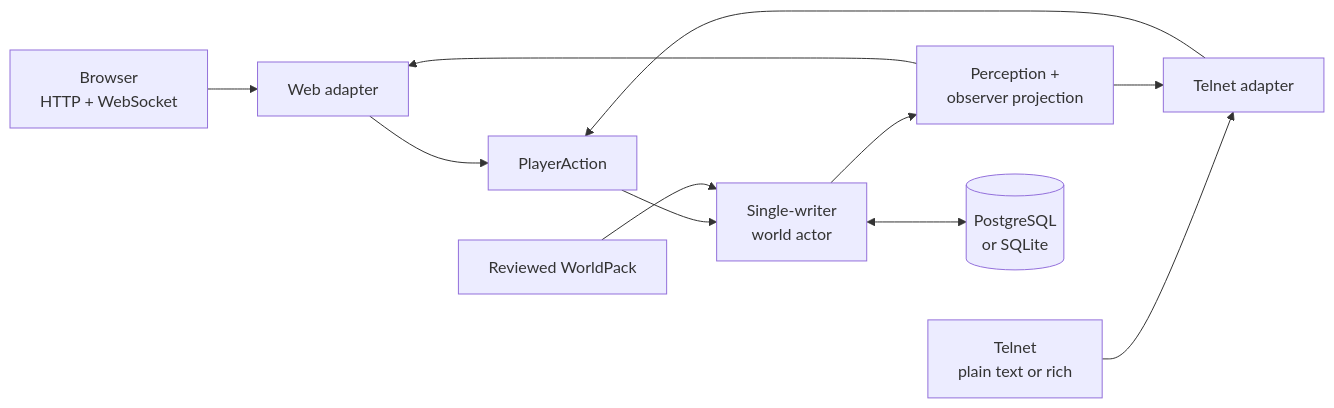
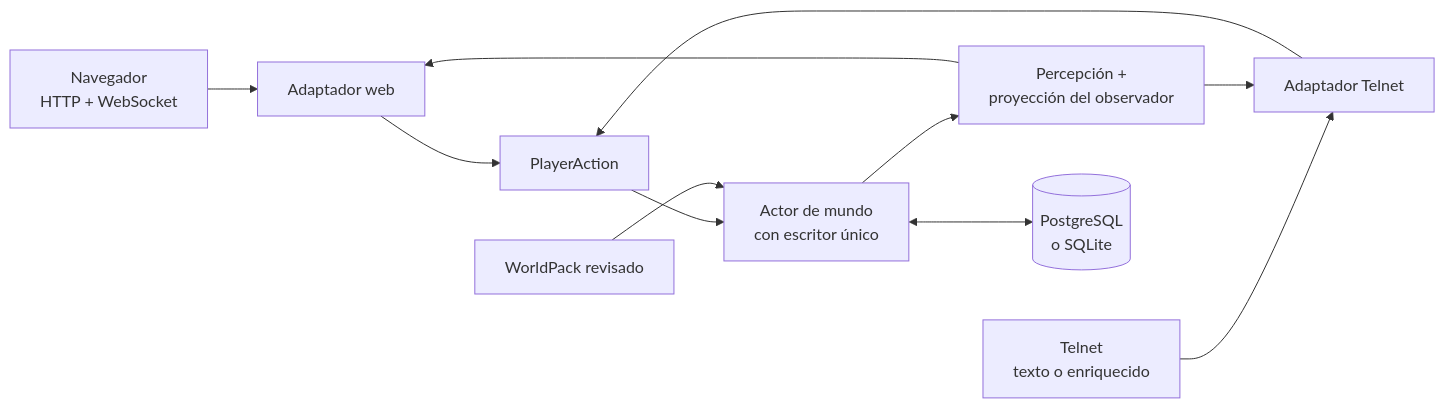
One commit to hyukudan/tiamud changed the first of 3 diagrams in README.md. Above: the diagram before and after it, drawn with Mermaid. The commit also changed other lines of this file and 29 other files, not shown here.

````diff
--- a/README.md
+++ b/README.md
@@ -67,16 +66,16 @@
 ```mermaid
 flowchart LR
-    accTitle: Tiamud shared action architecture
-    accDescr: Browser and terminal inputs share one authorized domain path, observer projection and selected persistence backend.
+    accTitle: Arquitectura compartida de acciones de Tiamud
+    accDescr: Navegador y terminal comparten una ruta de dominio autorizada, la proyección por observador y un único sistema de persistencia seleccionado.
 
-    Browser[Browser<br/>HTTP + WebSocket] --> Web[Web adapter]
-    Telnet[Telnet<br/>plain text or rich] --> TN[Telnet adapter]
+    Browser[Navegador<br/>HTTP + WebSocket] --> Web[Adaptador web]
+    Telnet[Telnet<br/>texto o enriquecido] --> TN[Adaptador Telnet]
     Web --> Action[PlayerAction]
     TN --> Action
-    Action --> Actor[Single-writer<br/>world actor]
-    Actor --> Projection[Perception +<br/>observer projection]
+    Action --> Actor[Actor de mundo<br/>con escritor único]
+    Actor --> Projection[Percepción +<br/>proyección del observador]
     Projection --> Web
     Projection --> TN
-    Actor <--> Store[(PostgreSQL<br/>or SQLite)]
-    Pack[Reviewed WorldPack] --> Actor
+    Actor <--> Store[(PostgreSQL<br/>o SQLite)]
+    Pack[WorldPack revisado] --> Actor
 ```
````
